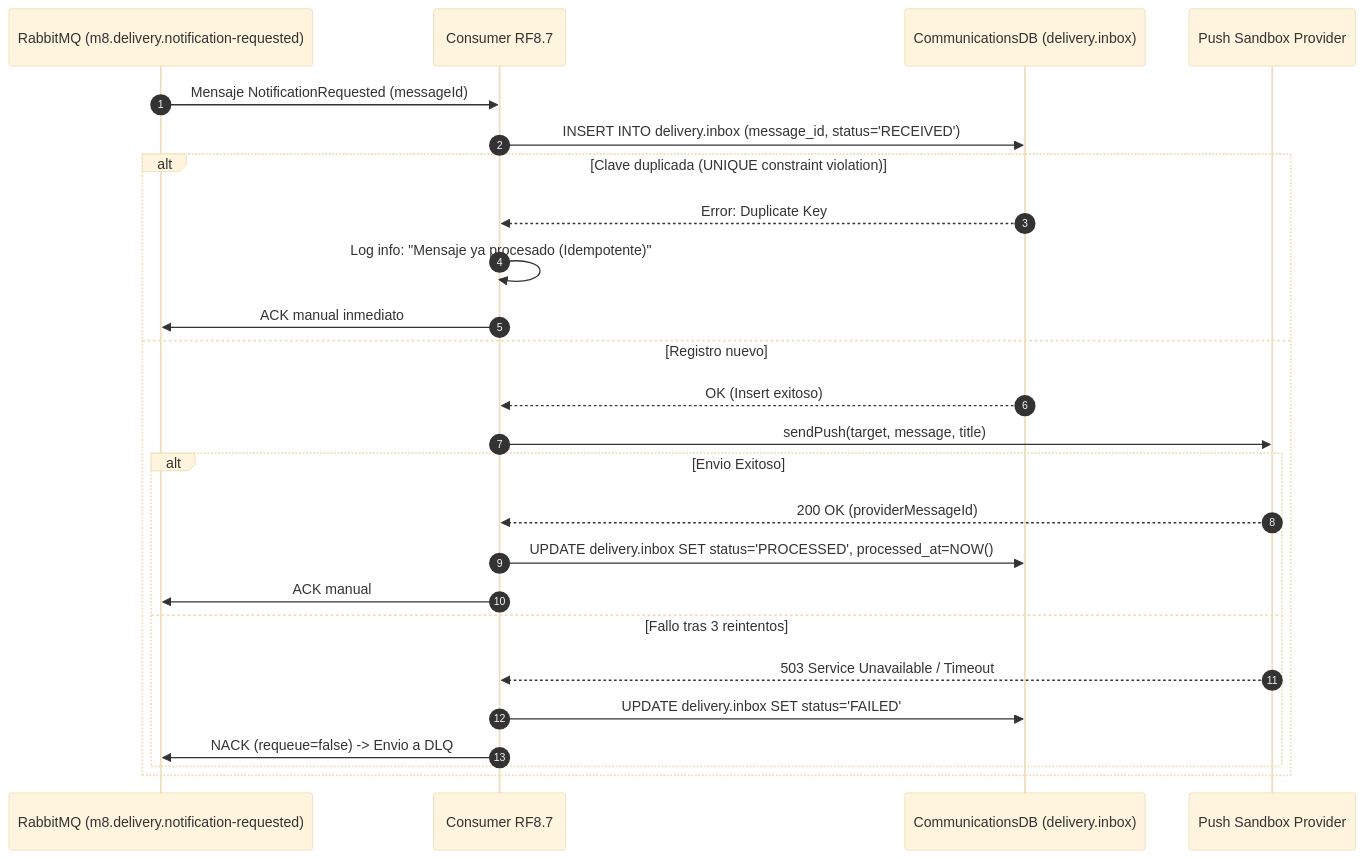
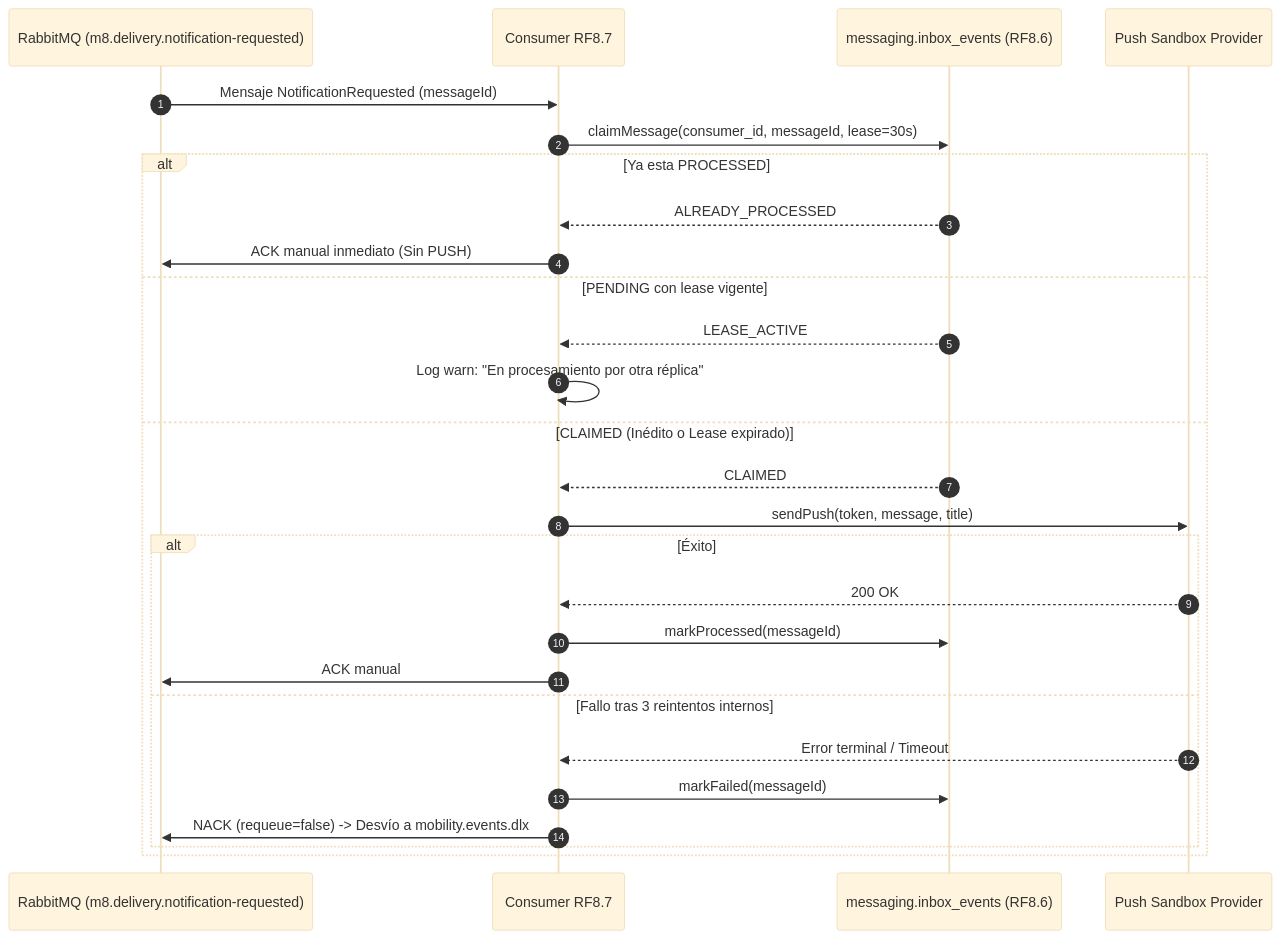
One commit to cuencadelplata/p3-ae1-2026 changed the diagram in modulo-8/docs/rf87/adr/ADR-001-rf87-idempotencia-y-resiliencia.md. Above: the diagram before and after it, drawn with Mermaid (base theme). The commit also changed other lines of this file and 22 other files, not shown here.

````diff
--- a/modulo-8/docs/rf87/adr/ADR-001-rf87-idempotencia-y-resiliencia.md
+++ b/modulo-8/docs/rf87/adr/ADR-001-rf87-idempotencia-y-resiliencia.md
@@ -62,28 +46,30 @@
 ```mermaid
 sequenceDiagram
     autonumber
     participant RMQ as RabbitMQ (m8.delivery.notification-requested)
     participant Worker as Consumer RF8.7
-    participant DB as CommunicationsDB (delivery.inbox)
+    participant Inbox as messaging.inbox_events (RF8.6)
     participant Provider as Push Sandbox Provider
 
     RMQ->>Worker: Mensaje NotificationRequested (messageId)
-    Worker->>DB: INSERT INTO delivery.inbox (message_id, status='RECEIVED')
-    alt Clave duplicada (UNIQUE constraint violation)
-        DB-->>Worker: Error: Duplicate Key
-        Worker->>Worker: Log info: "Mensaje ya procesado (Idempotente)"
-        Worker->>RMQ: ACK manual inmediato
-    else Registro nuevo
-        DB-->>Worker: OK (Insert exitoso)
-        Worker->>Provider: sendPush(target, message, title)
-        alt Envio Exitoso
-            Provider-->>Worker: 200 OK (providerMessageId)
-            Worker->>DB: UPDATE delivery.inbox SET status='PROCESSED', processed_at=NOW()
+    Worker->>Inbox: claimMessage(consumer_id, messageId, lease=30s)
+    alt Ya esta PROCESSED
+        Inbox-->>Worker: ALREADY_PROCESSED
+        Worker->>RMQ: ACK manual inmediato (Sin PUSH)
+    else PENDING con lease vigente
+        Inbox-->>Worker: LEASE_ACTIVE
+        Worker->>Worker: Log warn: "En procesamiento por otra réplica"
+    else CLAIMED (Inédito o Lease expirado)
+        Inbox-->>Worker: CLAIMED
+        Worker->>Provider: sendPush(token, message, title)
+        alt Éxito
+            Provider-->>Worker: 200 OK
+            Worker->>Inbox: markProcessed(messageId)
             Worker->>RMQ: ACK manual
-        else Fallo tras 3 reintentos
-            Provider-->>Worker: 503 Service Unavailable / Timeout
-            Worker->>DB: UPDATE delivery.inbox SET status='FAILED'
-            Worker->>RMQ: NACK (requeue=false) -> Envio a DLQ
+        else Fallo tras 3 reintentos internos
+            Provider-->>Worker: Error terminal / Timeout
+            Worker->>Inbox: markFailed(messageId)
+            Worker->>RMQ: NACK (requeue=false) -> Desvío a mobility.events.dlx
         end
     end
 ```
````
